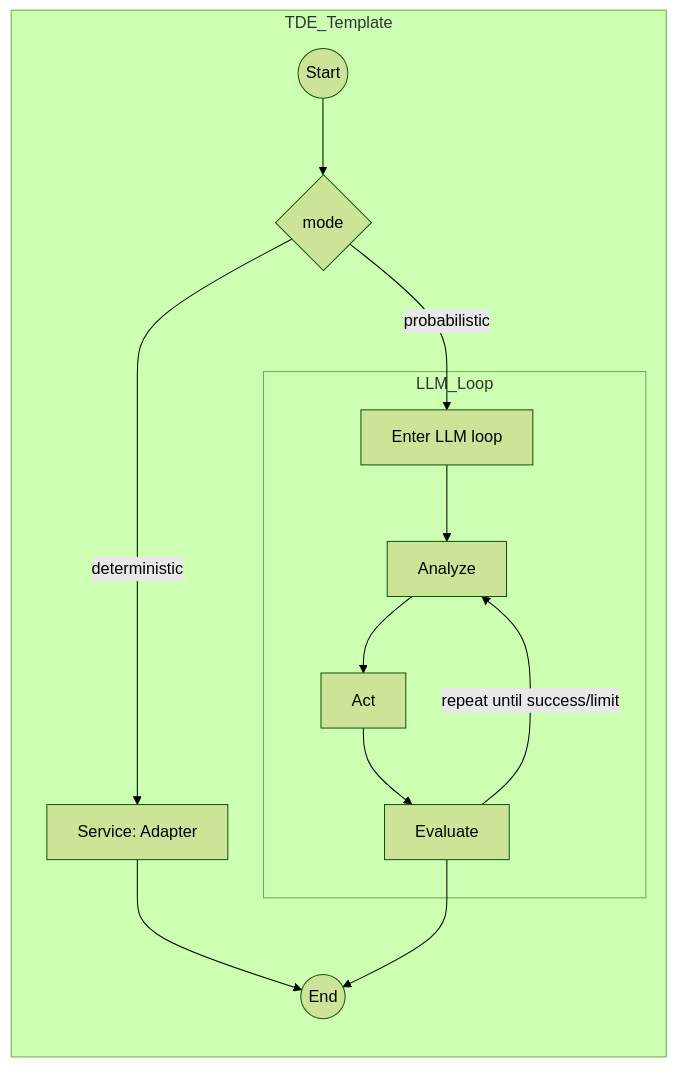
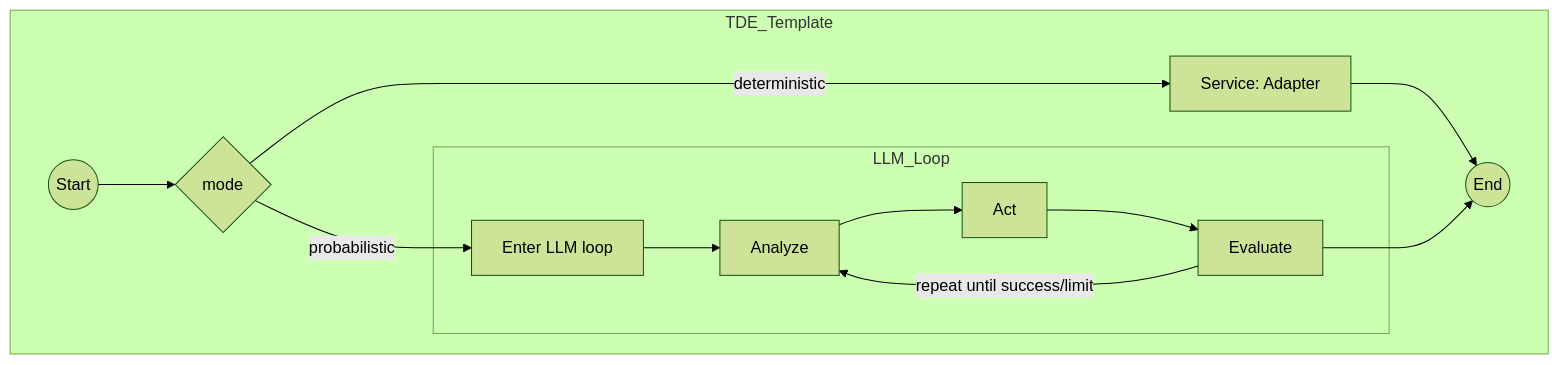
The eighth of 14 diagrams in docs/ProcOS_walkthru.md (laserpointlabs/procos), drawn with Mermaid (forest theme) before and after one commit. The commit also changed other lines of this file, not shown here.

Commit message:
docs: add TDE hybrid mode diagram (parallel deterministic + probabilistic with context injection)

````diff
--- a/docs/ProcOS_walkthru.md
+++ b/docs/ProcOS_walkthru.md
@@ -220,16 +249,17 @@
 ```mermaid
 flowchart LR
     subgraph TDE_Template
+        direction LR
         TS((Start)) --> Mode{mode}
         Mode -- deterministic --> Svc[Service: Adapter]
         Mode -- probabilistic --> LoopStart[Enter LLM loop]
         subgraph LLM_Loop
             LoopStart --> Analyze[Analyze]
             Analyze --> Act[Act]
             Act --> Evaluate[Evaluate]
             Evaluate -->|repeat until success/limit| Analyze
         end
         Svc --> TE((End))
         Evaluate --> TE
     end
 ```
````
